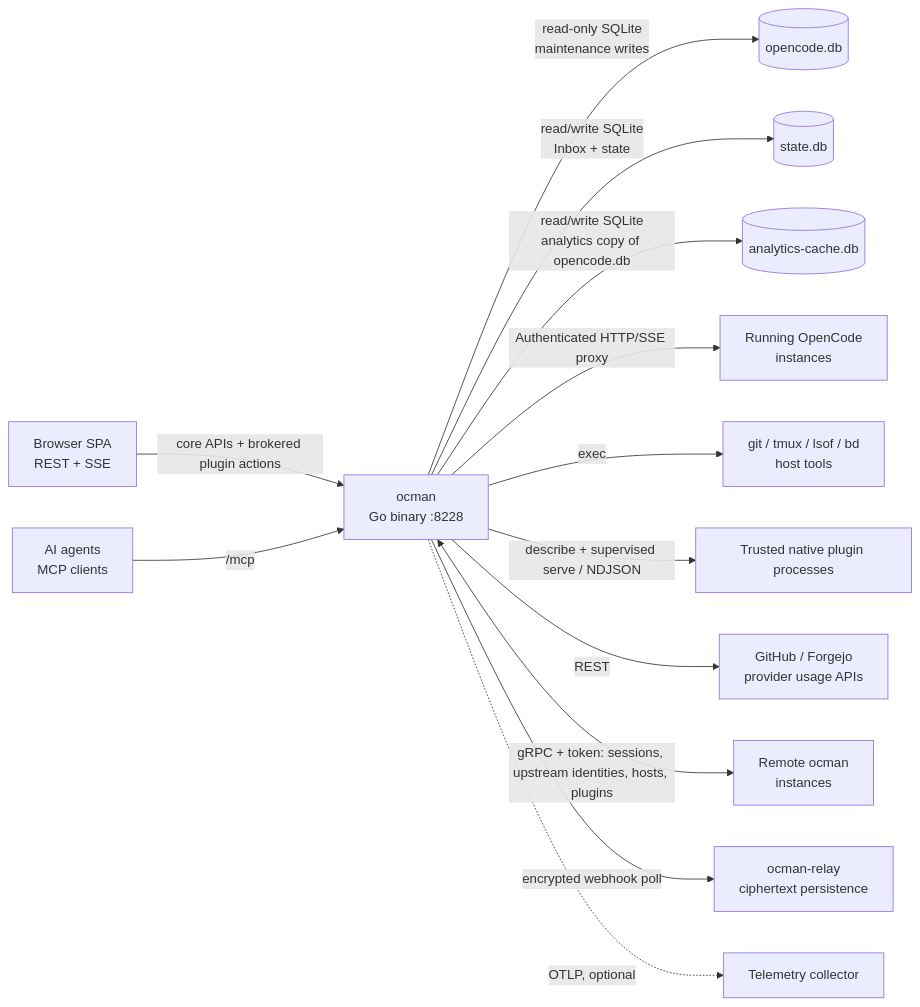
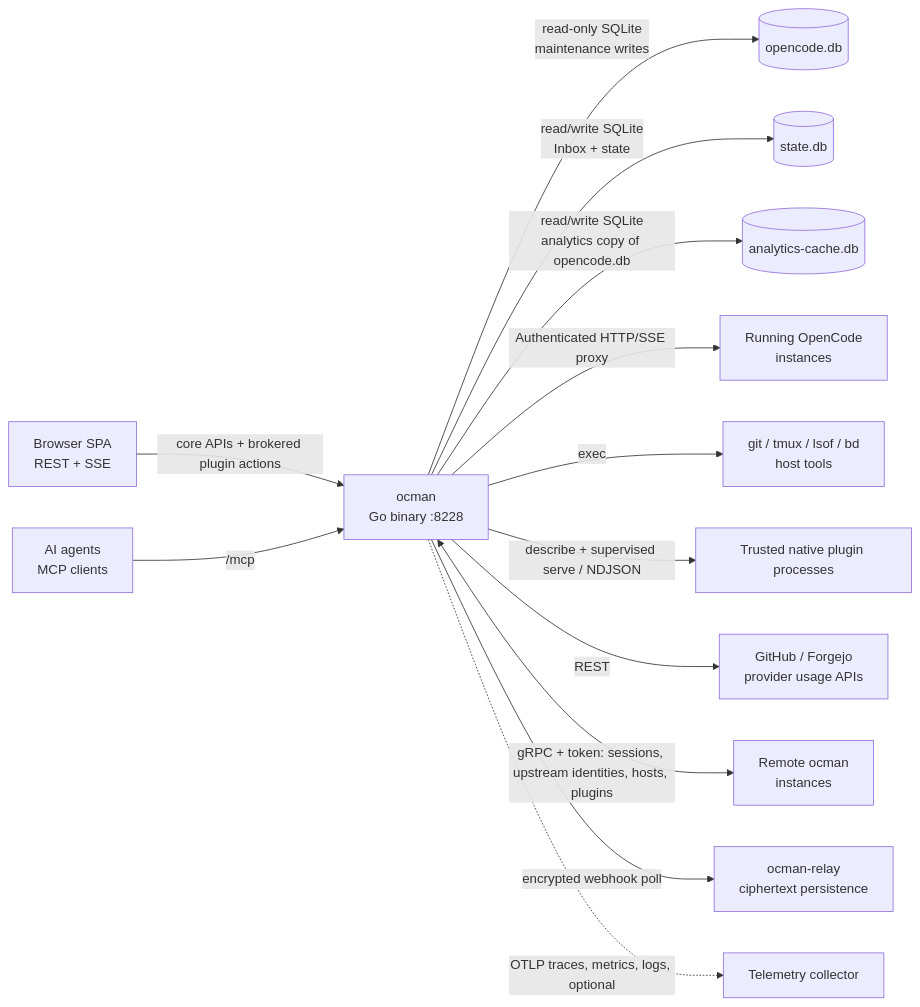
The second of 5 diagrams in docs/other/architecture.md (ocman/ocman), drawn with Mermaid before and after one commit. The commit also changed other lines of this file and 8 other files, not shown here.

Commit message:
feat(telemetry): export logs over OTLP when enabled

````diff
--- a/docs/other/architecture.md
+++ b/docs/other/architecture.md
@@ -50,15 +50,15 @@
 ```mermaid
 flowchart LR
     Browser[Browser SPA<br/>REST + SSE] -->|core APIs + brokered plugin actions| Ocman[ocman<br/>Go binary :8228]
     Agent[AI agents<br/>MCP clients] -->|/mcp| Ocman
     Ocman -->|read-only SQLite<br/>maintenance writes| OCDB[(opencode.db)]
     Ocman -->|read/write SQLite<br/>Inbox + state| StateDB[(state.db)]
     Ocman -->|read/write SQLite<br/>analytics copy of opencode.db| Cache[(analytics-cache.db)]
     Ocman -->|Authenticated HTTP/SSE proxy| OCInst[Running OpenCode<br/>instances]
     Ocman -->|exec| Shell[git / tmux / lsof / bd<br/>host tools]
     Ocman -->|describe + supervised serve / NDJSON| PluginExec[Trusted native plugin processes]
     Ocman -->|REST| APIs[GitHub / Forgejo<br/>provider usage APIs]
     Ocman <-->|gRPC + token: sessions, upstream identities, hosts, plugins| Remotes[Remote ocman<br/>instances]
     Ocman -->|encrypted webhook poll| Relay[ocman-relay<br/>ciphertext persistence]
-    Ocman -.->|OTLP, optional| Otel[Telemetry collector]
+    Ocman -.->|OTLP traces, metrics, logs, optional| Otel[Telemetry collector]
 ```
````
